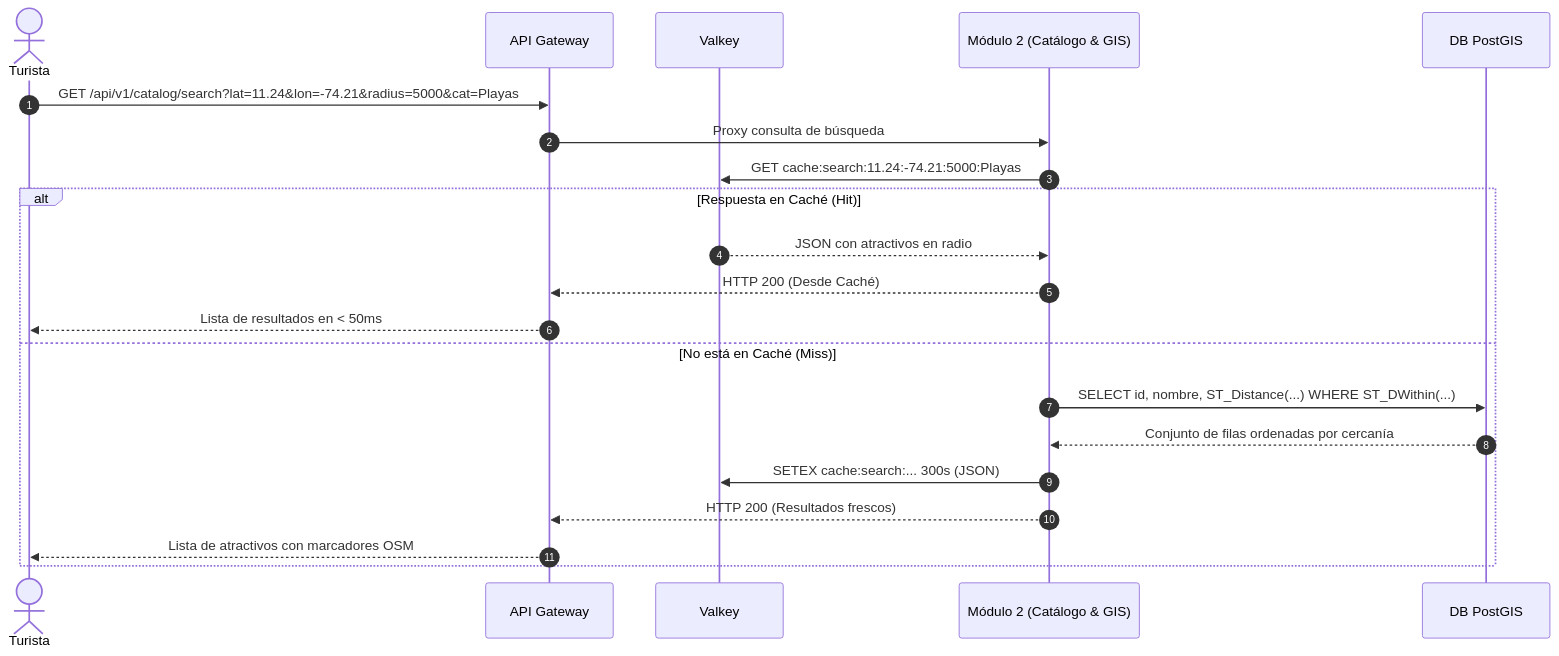
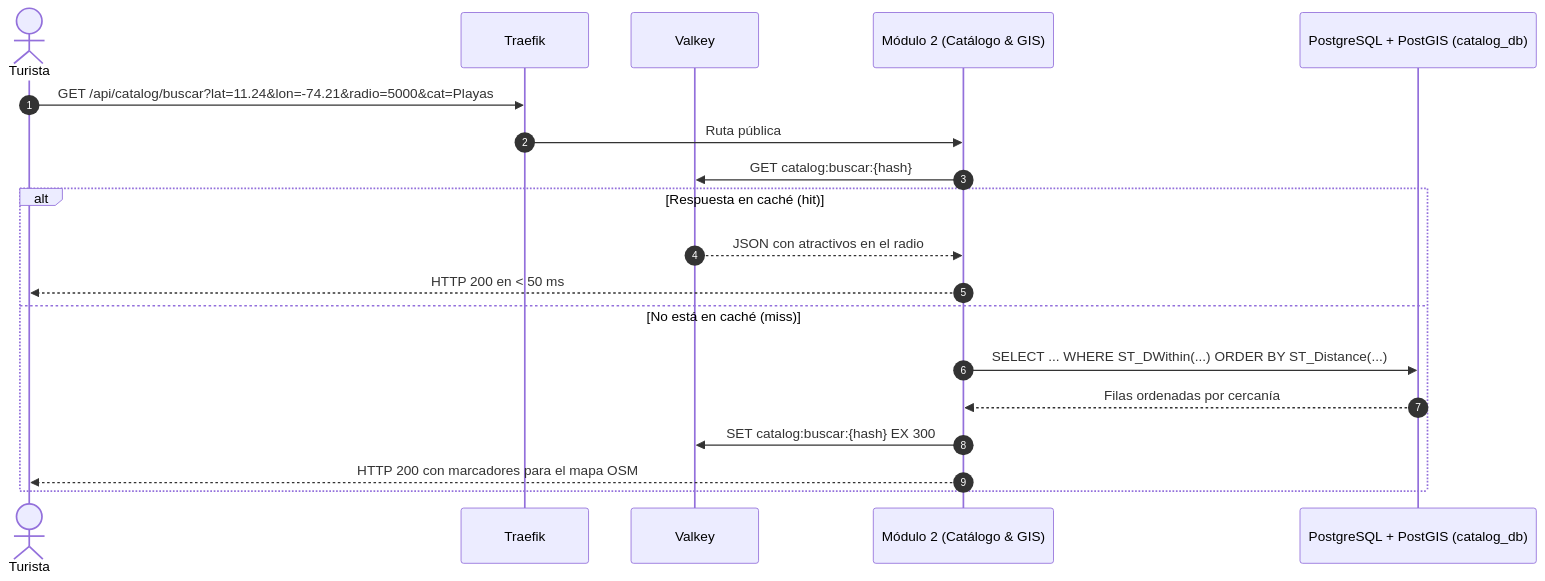
Before and after one commit to luifdo/Tourism: the second of 6 diagrams in Documents/Pages/Plan_de_Implementacion.md, drawn with Mermaid. The commit also changed other lines of this file and 5 other files, not shown here.

````diff
--- a/Documents/Pages/Plan_de_Implementacion.md
+++ b/Documents/Pages/Plan_de_Implementacion.md
@@ -502,24 +595,22 @@
 ```mermaid
 sequenceDiagram
     autonumber
     actor Tur as Turista
-    participant GW as API Gateway
+    participant GW as Traefik
     participant Cache as Valkey
     participant Cat as Módulo 2 (Catálogo & GIS)
-    participant PostGIS as DB PostGIS
+    participant PostGIS as PostgreSQL + PostGIS (catalog_db)
 
-    Tur->>GW: GET /api/v1/catalog/search?lat=11.24&lon=-74.21&radius=5000&cat=Playas
-    GW->>Cat: Proxy consulta de búsqueda
-    Cat->>Cache: GET cache:search:11.24:-74.21:5000:Playas
-    alt Respuesta en Caché (Hit)
-        Cache-->>Cat: JSON con atractivos en radio
-        Cat-->>GW: HTTP 200 (Desde Caché)
-        GW-->>Tur: Lista de resultados en < 50ms
-    else No está en Caché (Miss)
-        Cat->>PostGIS: SELECT id, nombre, ST_Distance(...) WHERE ST_DWithin(...)
-        PostGIS-->>Cat: Conjunto de filas ordenadas por cercanía
-        Cat->>Cache: SETEX cache:search:... 300s (JSON)
-        Cat-->>GW: HTTP 200 (Resultados frescos)
-        GW-->>Tur: Lista de atractivos con marcadores OSM
+    Tur->>GW: GET /api/catalog/buscar?lat=11.24&lon=-74.21&radio=5000&cat=Playas
+    GW->>Cat: Ruta pública
+    Cat->>Cache: GET catalog:buscar:{hash}
+    alt Respuesta en caché (hit)
+        Cache-->>Cat: JSON con atractivos en el radio
+        Cat-->>Tur: HTTP 200 en < 50 ms
+    else No está en caché (miss)
+        Cat->>PostGIS: SELECT ... WHERE ST_DWithin(...) ORDER BY ST_Distance(...)
+        PostGIS-->>Cat: Filas ordenadas por cercanía
+        Cat->>Cache: SET catalog:buscar:{hash} EX 300
+        Cat-->>Tur: HTTP 200 con marcadores para el mapa OSM
     end
 ```
````
